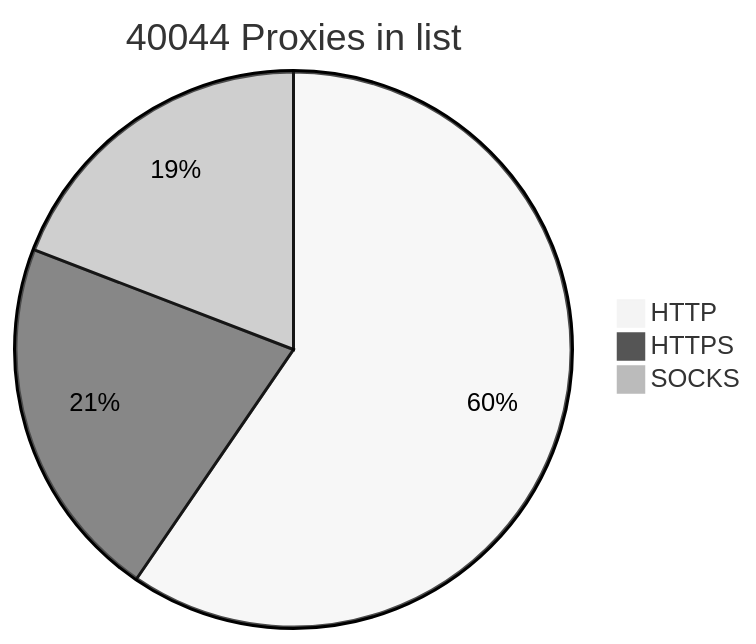
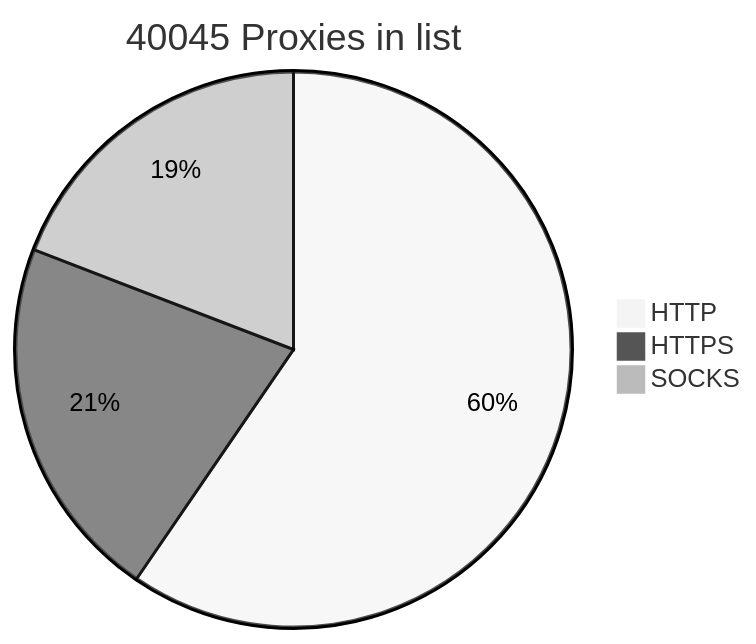
The diagram in README.md (BlackSnowDot/proxylist-update-every-minute), drawn with Mermaid (neutral theme) before and after one commit.

````diff
--- a/README.md
+++ b/README.md
@@ -2,6 +2,6 @@
 ```mermaid
-pie title 40044 Proxies in list
+pie title 40045 Proxies in list
     "HTTP" : 27820
     "HTTPS": 9946
-    "SOCKS" : 8949
+    "SOCKS" : 8950
 ```
````
